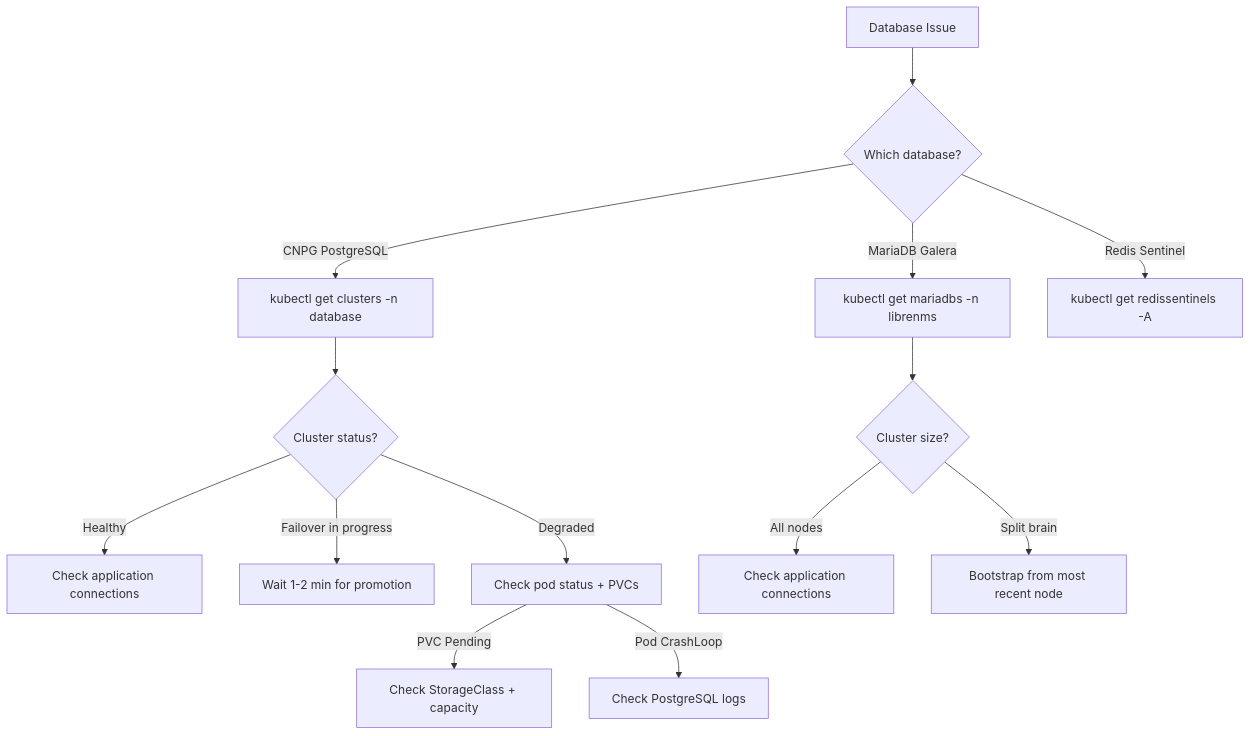
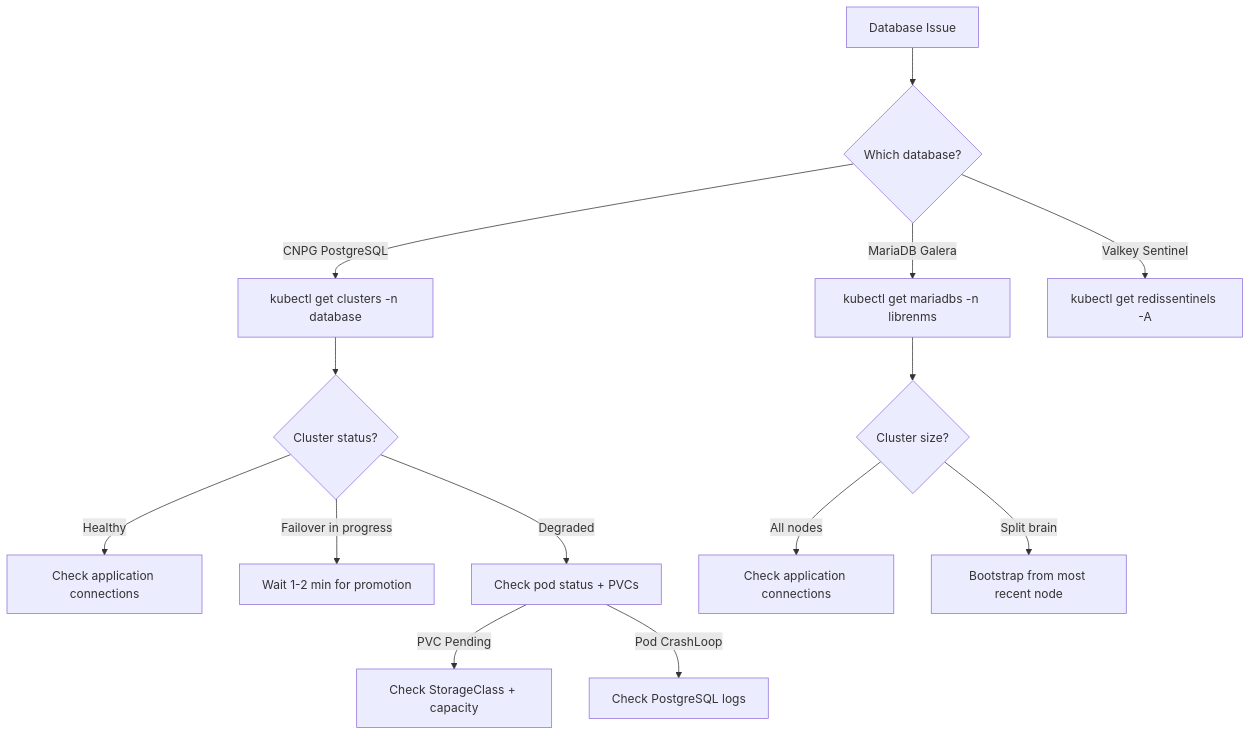
Before and after one commit to derhornspieler/harvester-rke2-platform: the fifth of 6 diagrams in docs/engineering/troubleshooting-sop.md, drawn with Mermaid. The commit also changed other lines of this file and 40 other files, not shown here.

````diff
--- a/docs/engineering/troubleshooting-sop.md
+++ b/docs/engineering/troubleshooting-sop.md
@@ -1473,20 +1473,20 @@
 ```mermaid
 graph TD
     DB_START["Database Issue"] --> DB_TYPE{"Which database?"}
 
     DB_TYPE -->|"CNPG PostgreSQL"| CNPG_CHECK["kubectl get clusters -n database"]
     DB_TYPE -->|"MariaDB Galera"| GALERA_CHECK["kubectl get mariadbs -n librenms"]
-    DB_TYPE -->|"Redis Sentinel"| REDIS_CHECK["kubectl get redissentinels -A"]
+    DB_TYPE -->|"Valkey Sentinel"| REDIS_CHECK["kubectl get redissentinels -A"]
 
     CNPG_CHECK --> CNPG_STATUS{"Cluster status?"}
     CNPG_STATUS -->|"Healthy"| CNPG_CONN["Check application connections"]
     CNPG_STATUS -->|"Failover in progress"| CNPG_WAIT["Wait 1-2 min for promotion"]
     CNPG_STATUS -->|"Degraded"| CNPG_PODS["Check pod status + PVCs"]
 
     CNPG_PODS -->|"PVC Pending"| STORAGE_FIX["Check StorageClass + capacity"]
     CNPG_PODS -->|"Pod CrashLoop"| CNPG_LOGS["Check PostgreSQL logs"]
 
     GALERA_CHECK --> GALERA_STATUS{"Cluster size?"}
     GALERA_STATUS -->|"All nodes"| GALERA_OK["Check application connections"]
     GALERA_STATUS -->|"Split brain"| GALERA_BOOTSTRAP["Bootstrap from most recent node"]
 ```
````
